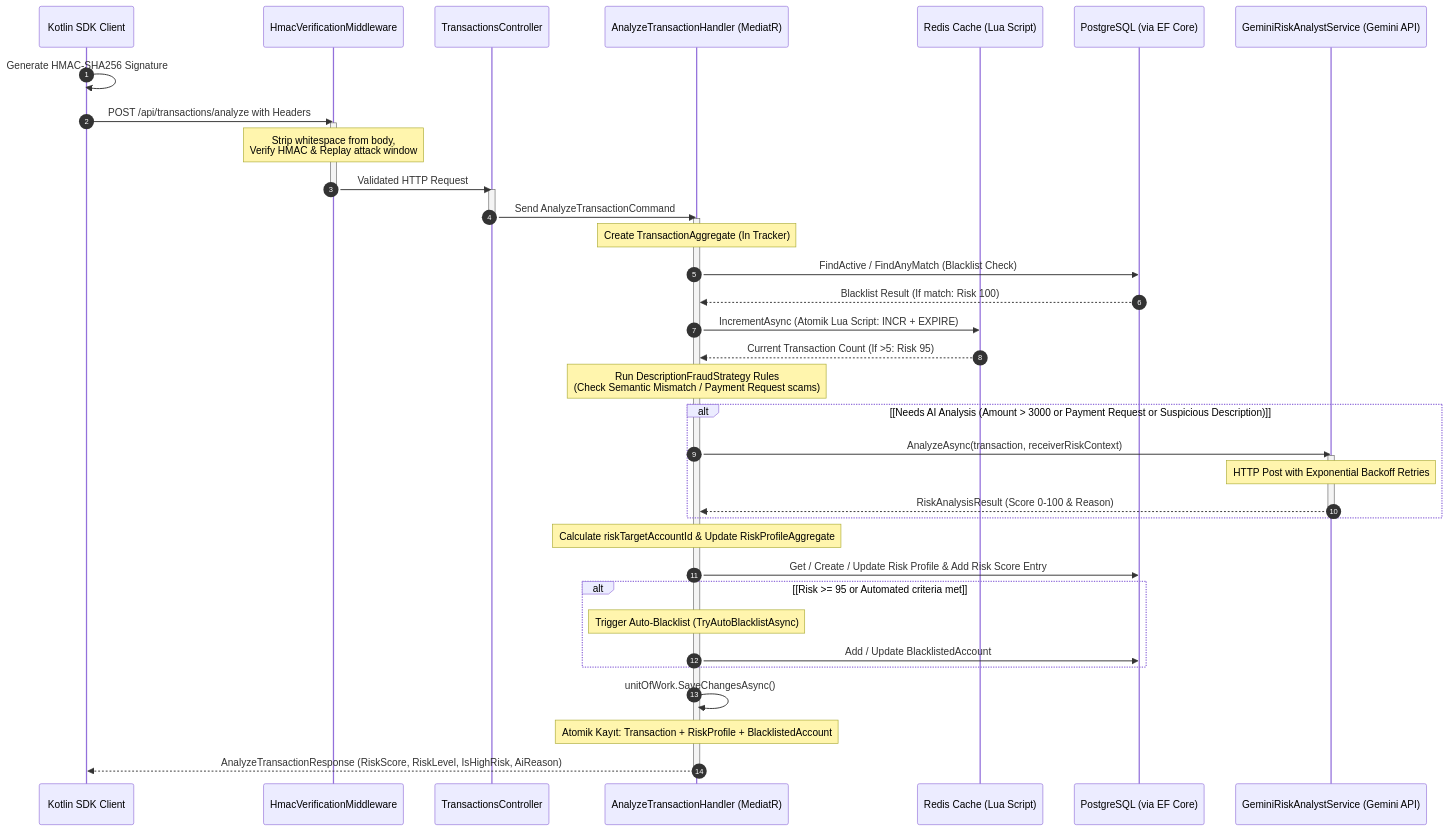
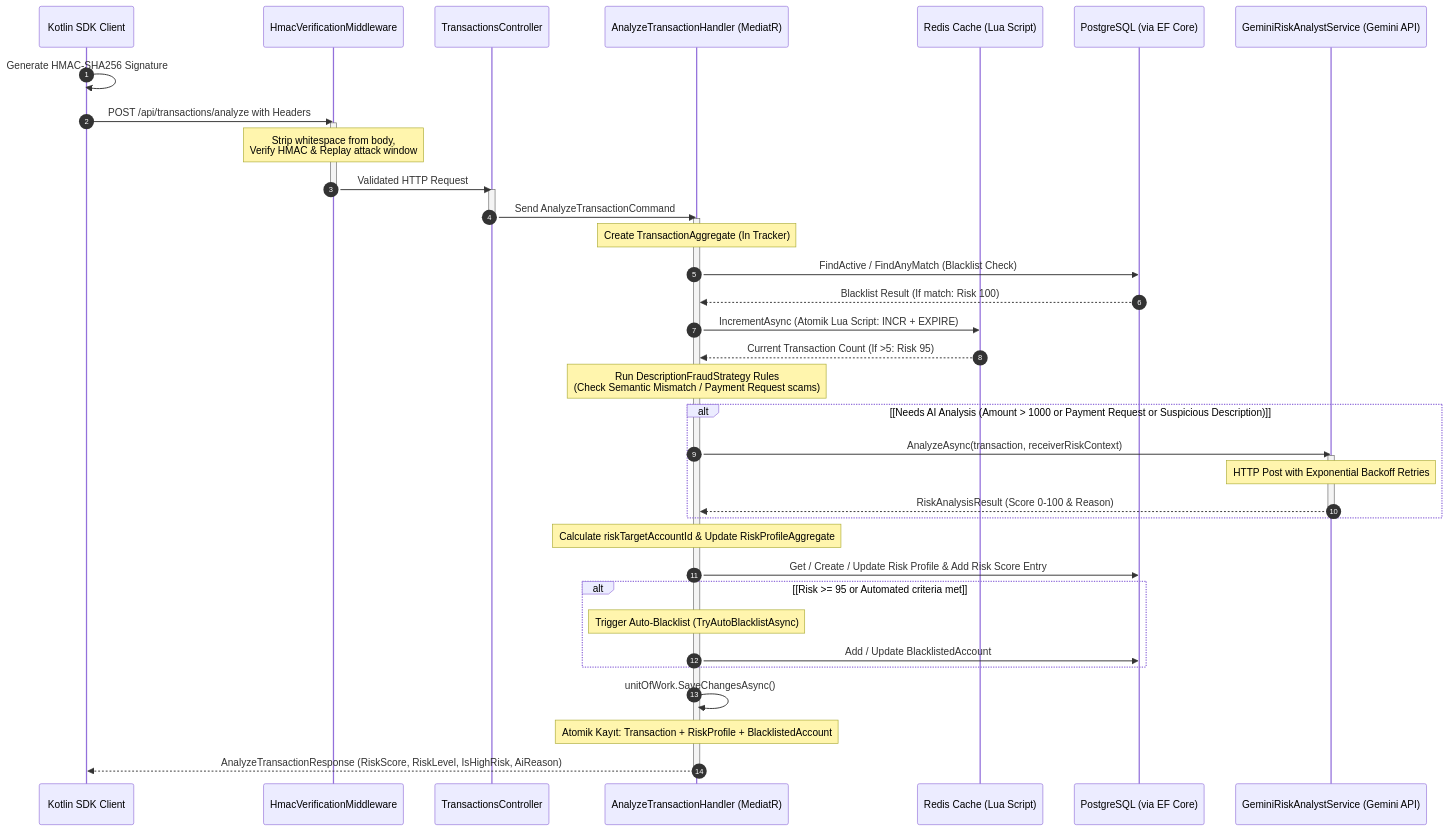
The second of 2 diagrams in README.md (AliEmreBulut/sensefin-sdk), drawn with Mermaid before and after one commit. The commit also changed 1 other file, not shown here.

Commit message:
feat: change AI threshold amount to 1000 TL in handler and update README diagrams

````diff
--- a/README.md
+++ b/README.md
@@ -130,57 +130,57 @@
 ```mermaid
 sequenceDiagram
     autonumber
     participant SDK as Kotlin SDK Client
     participant MID as HmacVerificationMiddleware
     participant API as TransactionsController
     participant HAND as AnalyzeTransactionHandler (MediatR)
     participant REDIS as Redis Cache (Lua Script)
     participant DB as PostgreSQL (via EF Core)
     participant GEMINI as GeminiRiskAnalystService (Gemini API)
 
     SDK->>SDK: Generate HMAC-SHA256 Signature
     SDK->>MID: POST /api/transactions/analyze with Headers
     
     activate MID
     Note over MID: Strip whitespace from body,<br/>Verify HMAC & Replay attack window
     MID->>API: Validated HTTP Request
     deactivate MID
 
     activate API
     API->>HAND: Send AnalyzeTransactionCommand
     deactivate API
     
     activate HAND
     Note over HAND: Create TransactionAggregate (In Tracker)
     
     HAND->>DB: FindActive / FindAnyMatch (Blacklist Check)
     DB-->>HAND: Blacklist Result (If match: Risk 100)
 
     HAND->>REDIS: IncrementAsync (Atomik Lua Script: INCR + EXPIRE)
     REDIS-->>HAND: Current Transaction Count (If >5: Risk 95)
     
     Note over HAND: Run DescriptionFraudStrategy Rules<br/>(Check Semantic Mismatch / Payment Request scams)
 
-    alt [Needs AI Analysis (Amount > 3000 or Payment Request or Suspicious Description)]
+    alt [Needs AI Analysis (Amount > 1000 or Payment Request or Suspicious Description)]
         HAND->>GEMINI: AnalyzeAsync(transaction, receiverRiskContext)
         activate GEMINI
         Note over GEMINI: HTTP Post with Exponential Backoff Retries
         GEMINI-->>HAND: RiskAnalysisResult (Score 0-100 & Reason)
         deactivate GEMINI
     end
 
     Note over HAND: Calculate riskTargetAccountId & Update RiskProfileAggregate
     HAND->>DB: Get / Create / Update Risk Profile & Add Risk Score Entry
     
     alt [Risk >= 95 or Automated criteria met]
         Note over HAND: Trigger Auto-Blacklist (TryAutoBlacklistAsync)
         HAND->>DB: Add / Update BlacklistedAccount
     end
 
     %% 🎯 UNIT OF WORK - TÜM İŞLEMLERİ TEK BİR ATIMDA ATOMİK KAYDET
     HAND->>HAND: unitOfWork.SaveChangesAsync()
     Note over HAND: Atomik Kayıt: Transaction + RiskProfile + BlacklistedAccount
 
     HAND-->>SDK: AnalyzeTransactionResponse (RiskScore, RiskLevel, IsHighRisk, AiReason)
     deactivate HAND
 ```
````
